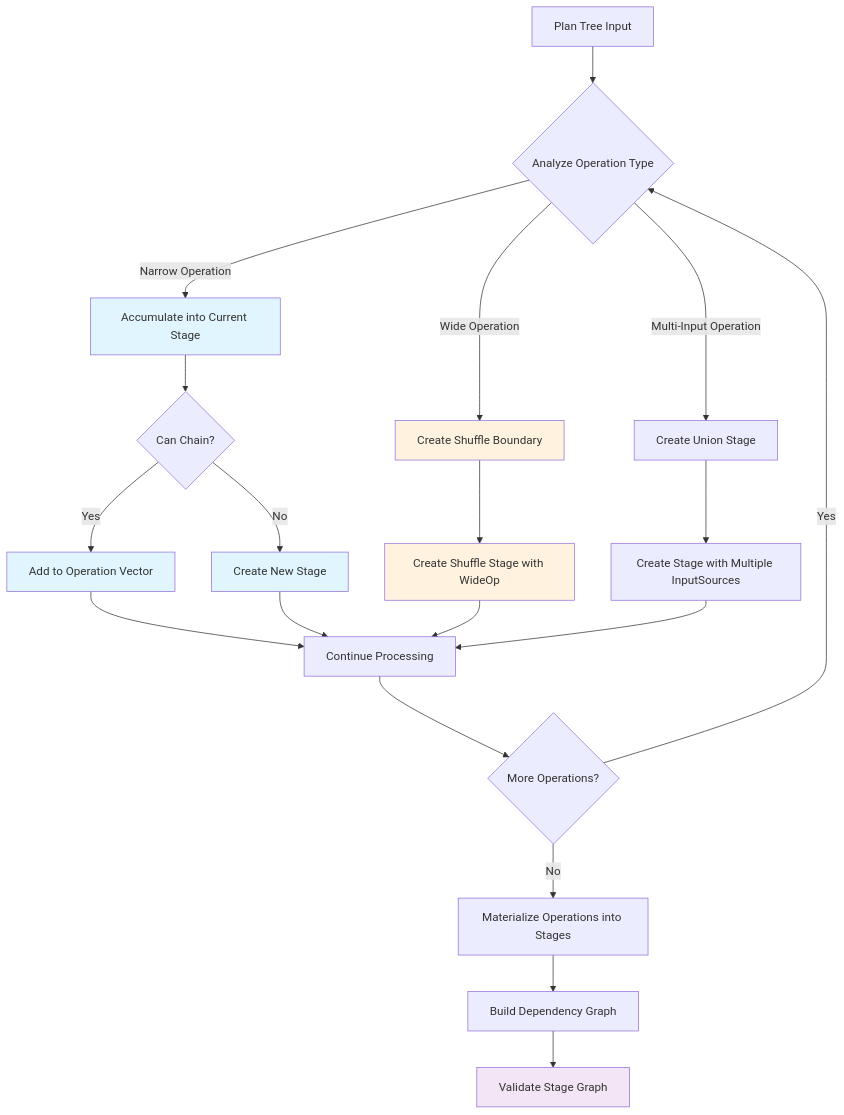
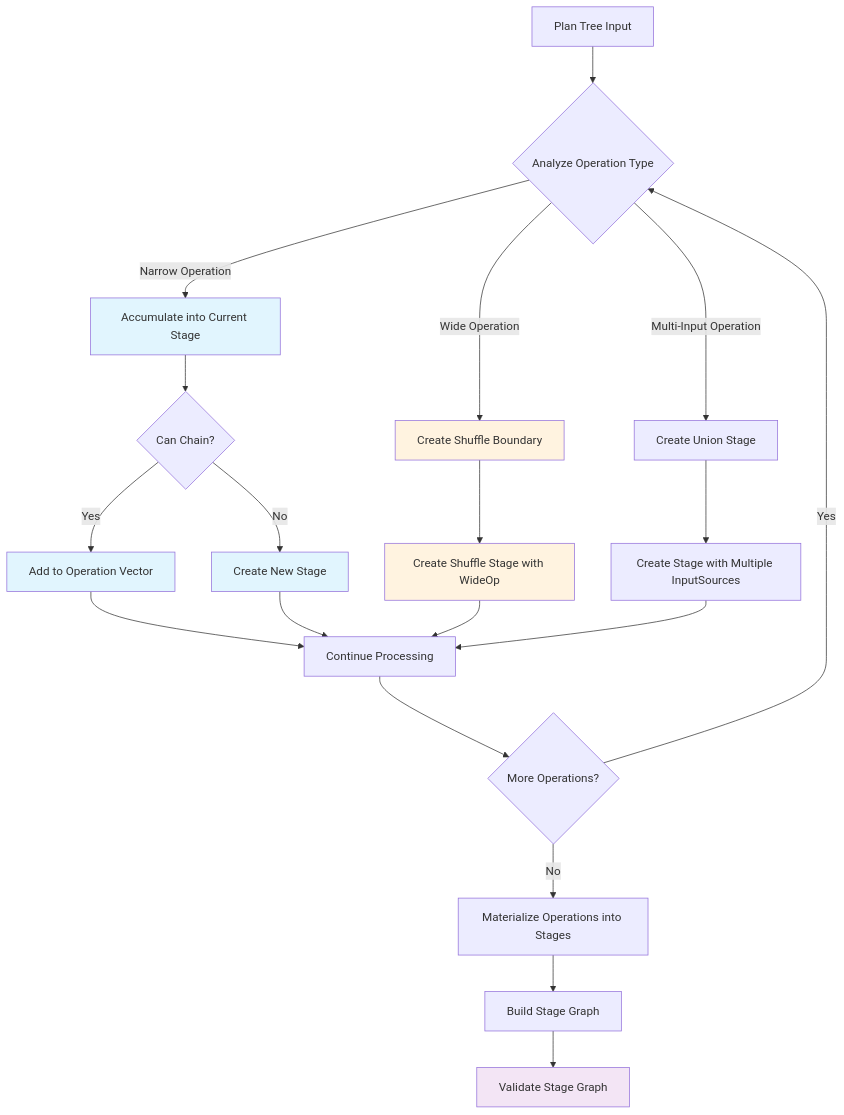
The diagram in content/posts/2025-09-03_sparklet_stagebuilder.md/index.md (ewoodbury/ewoodbury.com), drawn with Mermaid before and after one commit. The commit also changed other lines of this file, not shown here.

Commit message:
Finish and publish StageBuilder post

````diff
--- a/content/posts/2025-09-03_sparklet_stagebuilder.md/index.md
+++ b/content/posts/2025-09-03_sparklet_stagebuilder.md/index.md
@@ -33,35 +37,35 @@
 ```mermaid
 flowchart TD
     A[Plan Tree Input] --> B{Analyze Operation Type}
     
     B -->|Narrow Operation| C[Accumulate into Current Stage]
     B -->|Wide Operation| D[Create Shuffle Boundary]
     B -->|Multi-Input Operation| E[Create Union Stage]
     
     C --> F{Can Chain?}
     F -->|Yes| G[Add to Operation Vector]
     F -->|No| H[Create New Stage]
     
     D --> I[Create Shuffle Stage with WideOp]
     E --> J[Create Stage with Multiple InputSources]
     
     G --> K[Continue Processing]
     H --> K
     I --> K
     J --> K
     
     K --> L{More Operations?}
     L -->|Yes| B
     L -->|No| M[Materialize Operations into Stages]
     
-    M --> N[Build Dependency Graph]
+    M --> N[Build Stage Graph]
     N --> O[Validate Stage Graph]
     
     classDef narrow fill:#e1f5fe
     classDef wide fill:#fff3e0
     classDef validation fill:#f3e5f5
     
     class C,G,H,Q narrow
     class D,I,R wide
     class O,T,U,V,W validation
 ```
````
